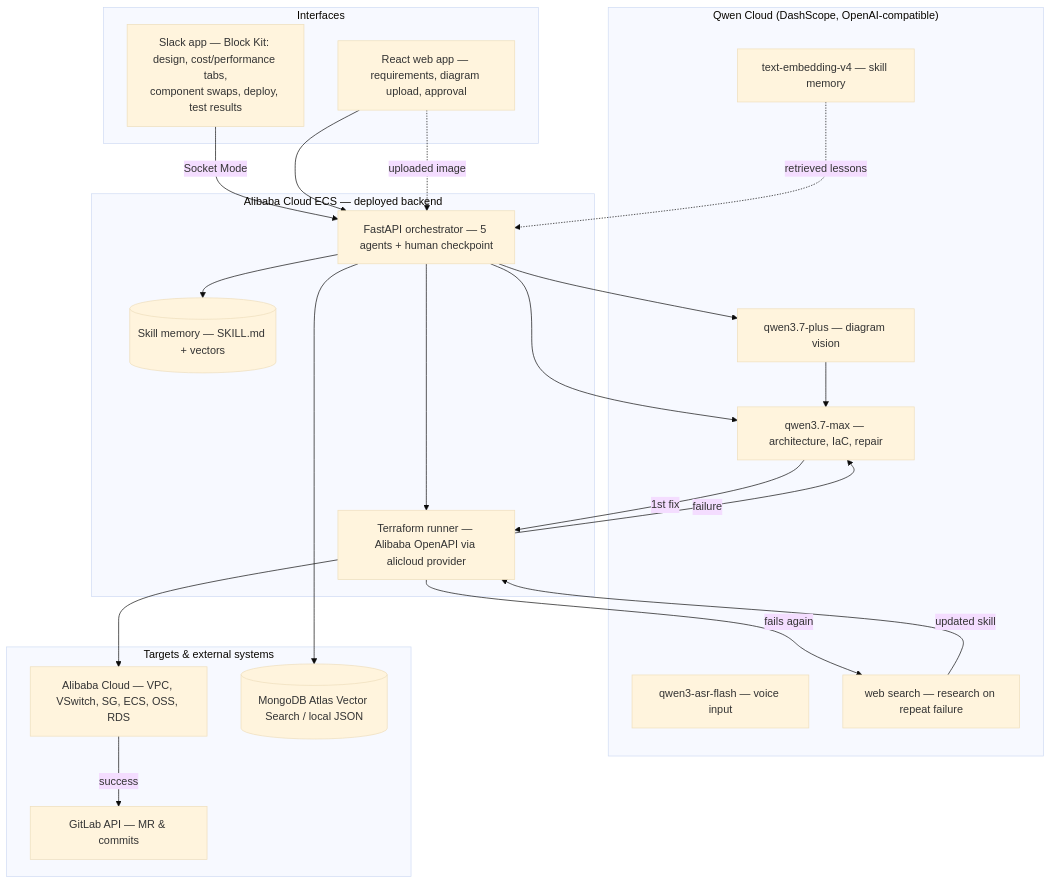
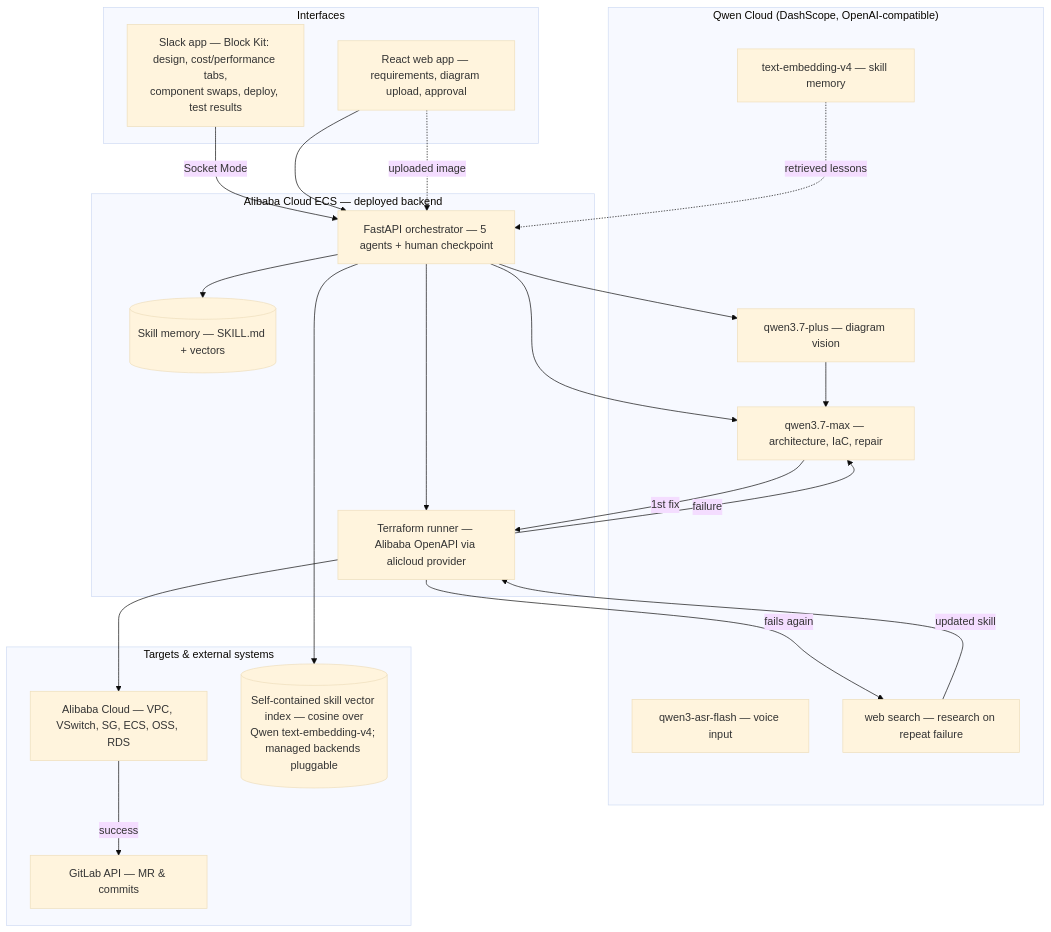
One commit to EimisPachecoHacks/slack-sky-launchpad-ATX changed the diagram in README.md. Above: the diagram before and after it, drawn with Mermaid (base theme). The commit also changed 1 other file, not shown here.

Commit message:
docs: vector store is a self-contained local index (Qwen embeddings), not MongoDB
For an Alibaba/Qwen submission, depending on MongoDB Atlas (a non-Alibaba,
typically AWS-hosted service) for skill retrieval was inconsistent — and at ~12
learned skills a managed vector DB is overkill anyway. skydb is pluggable
(local / MongoDB / Supabase); the default is now the self-contained local index:
cosine similarity over Qwen text-embedding-v4 vectors, running on the Alibaba
Cloud backend with no external database. Diagram + README updated to match;
Mongo disabled in the deploy config so managed backends are opt-in only.

````diff
--- a/README.md
+++ b/README.md
@@ -90,37 +90,37 @@
 ```mermaid
 flowchart TB
   subgraph clients["Interfaces"]
     S["Slack app — Block Kit: design, cost/performance tabs,<br/>component swaps, deploy, test results"]
     A[React web app — requirements, diagram upload, approval]
   end
   subgraph alibaba["Alibaba Cloud ECS — deployed backend"]
     API[FastAPI orchestrator — 5 agents + human checkpoint]
     T[Terraform runner — Alibaba OpenAPI via alicloud provider]
     M[(Skill memory — SKILL.md + vectors)]
   end
   subgraph qwen["Qwen Cloud (DashScope, OpenAI-compatible)"]
     B["qwen3.7-max — architecture, IaC, repair"]
     Vz["qwen3.7-plus — diagram vision"]
     V["text-embedding-v4 — skill memory"]
     ASR["qwen3-asr-flash — voice input"]
     WS["web search — research on repeat failure"]
   end
   subgraph run["Targets & external systems"]
     C[Alibaba Cloud — VPC, VSwitch, SG, ECS, OSS, RDS]
-    DB[(MongoDB Atlas Vector Search / local JSON)]
+    DB[(Self-contained skill vector index — cosine over<br/>Qwen text-embedding-v4; managed backends pluggable)]
     E[GitLab API — MR & commits]
   end
   S -->|Socket Mode| API
   A --> API
   API --> B
   A -. "uploaded image" .-> API --> Vz --> B
   V -. "retrieved lessons" .-> API
   API --> T --> C
   API --> DB
   API --> M
   C -->|success| E
   T -->|"failure"| B
   B -->|"1st fix"| T
   T -->|"fails again"| WS
   WS -->|"updated skill"| T
 ```
````
